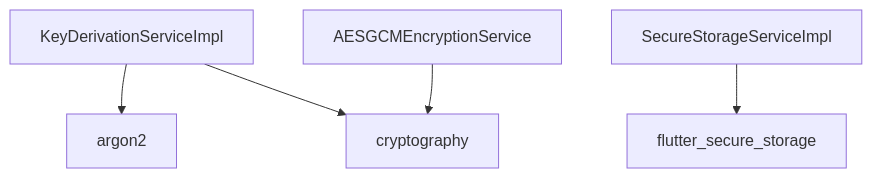
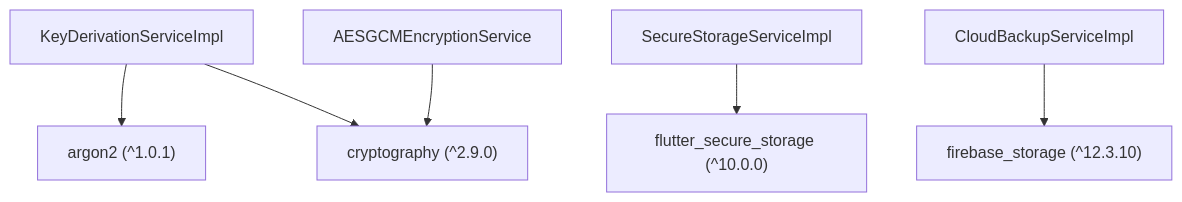
One commit to JAaron93/StyleSync changed the ninth of 9 diagrams in .qoder/repowiki/en/content/Core Services/Crypto Services/Crypto Services.md. Above: the diagram before and after it, drawn with Mermaid. The commit also changed other lines of this file and 36 other files, not shown here.

````diff
--- a/.qoder/repowiki/en/content/Core Services/Crypto Services/Crypto Services.md
+++ b/.qoder/repowiki/en/content/Core Services/Crypto Services/Crypto Services.md
@@ -361,7 +380,8 @@
 ```mermaid
 graph TB
-KDF["KeyDerivationServiceImpl"] --> ARG["argon2"]
-KDF --> CRYPTO["cryptography"]
+KDF["KeyDerivationServiceImpl"] --> ARG["argon2 (^1.0.1)"]
+KDF --> CRYPTO["cryptography (^2.9.0)"]
 ES["AESGCMEncryptionService"] --> CRYPTO
-SS["SecureStorageServiceImpl"] --> FSS["flutter_secure_storage"]
+SS["SecureStorageServiceImpl"] --> FSS["flutter_secure_storage (^10.0.0)"]
+CBS["CloudBackupServiceImpl"] --> FBS["firebase_storage (^12.3.10)"]
 ```
````
